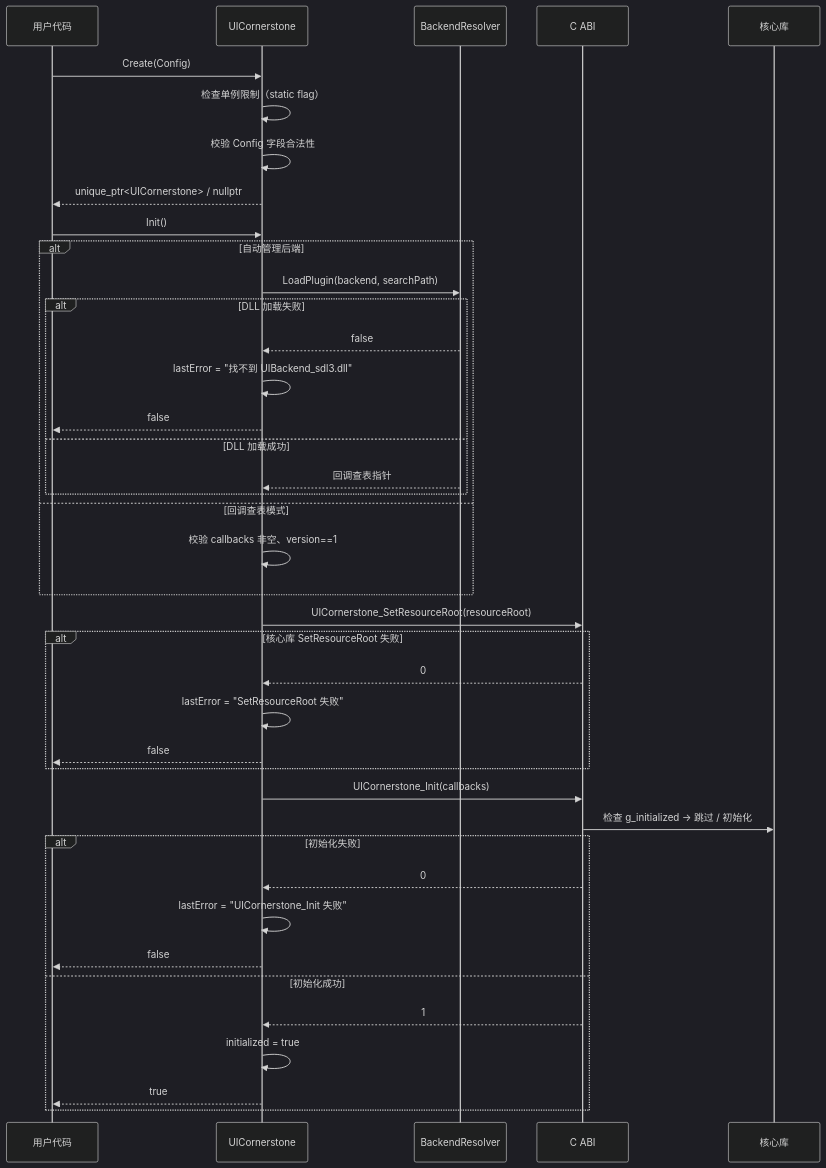
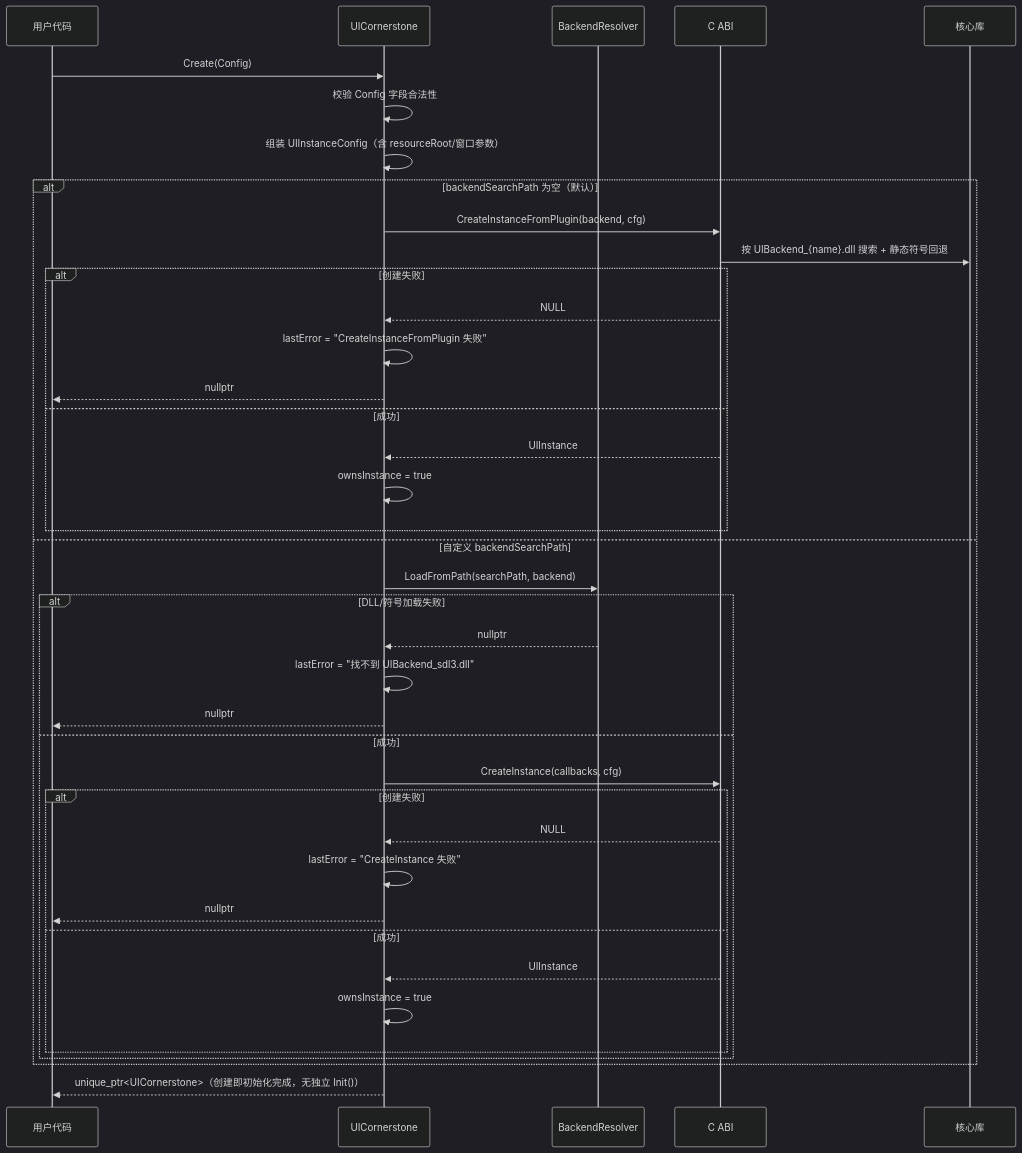
The fifth of 7 diagrams in doc/CppBinding_Design.md (SeaOceanLiu/UIControls), drawn with Mermaid (dark theme) before and after one commit. The commit also changed other lines of this file and 85 other files, not shown here.

First line of the commit message:
feat: 多实例 C ABI 改造实施 — UIContext 实例上下文、CreateInstance/CreateViewport 层级、单例移除、多视口事件路由与焦点转移

````diff
--- a/doc/CppBinding_Design.md
+++ b/doc/CppBinding_Design.md
@@ -915,47 +1049,44 @@
 ```mermaid
 sequenceDiagram
     participant User as 用户代码
     participant B as UICornerstone
     participant BR as BackendResolver
     participant C as C ABI
     participant Core as 核心库
 
     User->>B: Create(Config)
-    B->>B: 检查单例限制（static flag）
     B->>B: 校验 Config 字段合法性
-    B-->>User: unique_ptr<UICornerstone> / nullptr
+    B->>B: 组装 UIInstanceConfig（含 resourceRoot/窗口参数）
 
-    User->>B: Init()
-
-    alt 自动管理后端
-        B->>BR: LoadPlugin(backend, searchPath)
-        alt DLL 加载失败
-            BR-->>B: false
+    alt backendSearchPath 为空（默认）
+        B->>C: CreateInstanceFromPlugin(backend, cfg)
+        C->>Core: 按 UIBackend_{name}.dll 搜索 + 静态符号回退
+        alt 创建失败
+            C-->>B: NULL
+            B->>B: lastError = "CreateInstanceFromPlugin 失败"
+            B-->>User: nullptr
+        else 成功
+            C-->>B: UIInstance
+            B->>B: ownsInstance = true
+        end
+    else 自定义 backendSearchPath
+        B->>BR: LoadFromPath(searchPath, backend)
+        alt DLL/符号加载失败
+            BR-->>B: nullptr
             B->>B: lastError = "找不到 UIBackend_sdl3.dll"
-            B-->>User: false
-        else DLL 加载成功
-            BR-->>B: 回调查表指针
+            B-->>User: nullptr
+        else 成功
+            B->>C: CreateInstance(callbacks, cfg)
+            alt 创建失败
+                C-->>B: NULL
+                B->>B: lastError = "CreateInstance 失败"
+                B-->>User: nullptr
+            else 成功
+                C-->>B: UIInstance
+                B->>B: ownsInstance = true
+            end
         end
-    else 回调查表模式
-        B->>B: 校验 callbacks 非空、version==1
     end
 
-    B->>C: UICornerstone_SetResourceRoot(resourceRoot)
-    alt 核心库 SetResourceRoot 失败
-        C-->>B: 0
-        B->>B: lastError = "SetResourceRoot 失败"
-        B-->>User: false
-    end
-
-    B->>C: UICornerstone_Init(callbacks)
-    C->>Core: 检查 g_initialized → 跳过 / 初始化
-    alt 初始化失败
-        C-->>B: 0
-        B->>B: lastError = "UICornerstone_Init 失败"
-        B-->>User: false
-    else 初始化成功
-        C-->>B: 1
-        B->>B: initialized = true
-        B-->>User: true
-    end
+    B-->>User: unique_ptr<UICornerstone>（创建即初始化完成，无独立 Init()）
 ```
````
